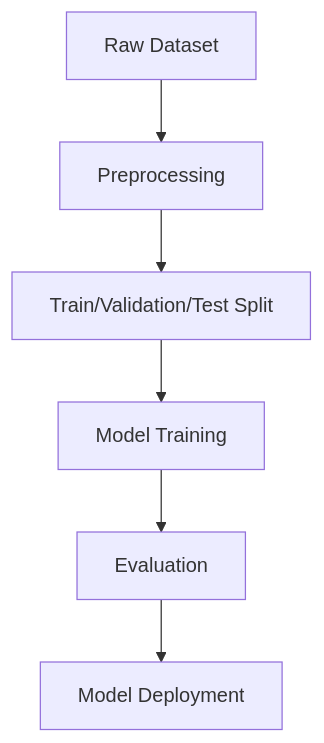
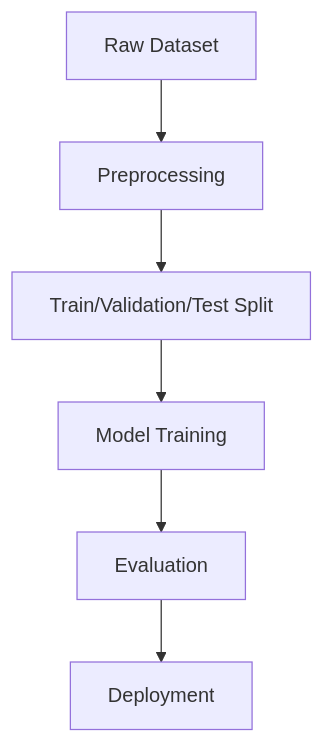
The first of 3 diagrams in Week - 2/readme.md (ShadowMonarchX/ai-ml-internship), drawn with Mermaid before and after one commit. The commit also changed other lines of this file, not shown here.

````diff
--- a/Week - 2/readme.md
+++ b/Week - 2/readme.md
@@ -155,8 +167,8 @@
 ```mermaid
 graph TD
 A[Raw Dataset] --> B[Preprocessing]
 B --> C[Train/Validation/Test Split]
 C --> D[Model Training]
 D --> E[Evaluation]
-E --> F[Model Deployment]
+E --> F[Deployment]
 ```
````
